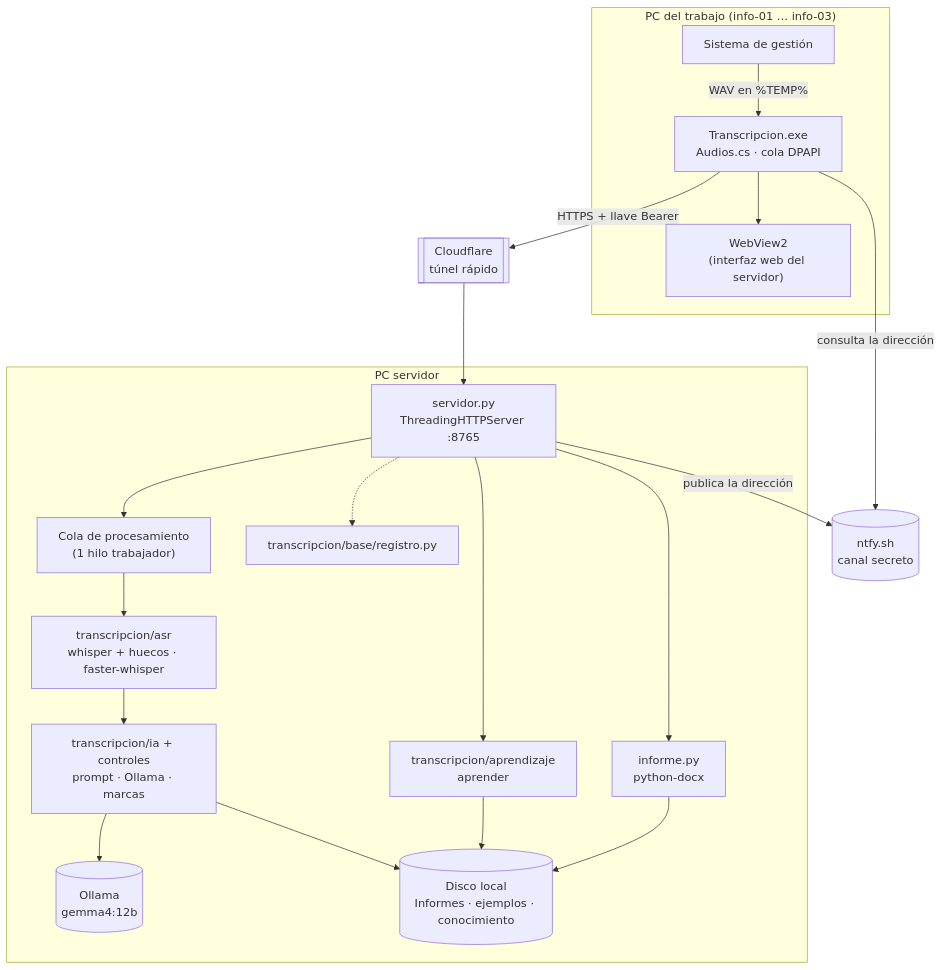
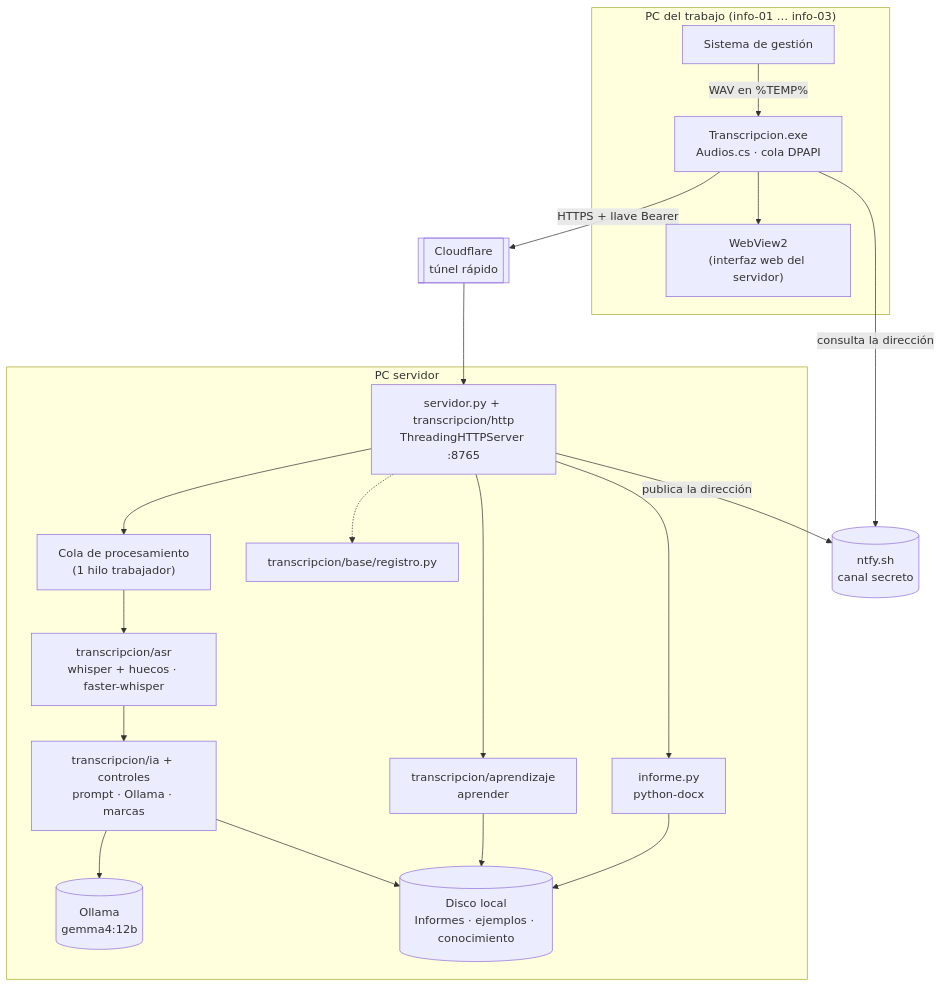
Before and after one commit to RodriEs11/Sistema-de-transcripcion-por-IA: the first of 2 diagrams in docs/arquitectura.md, drawn with Mermaid. The commit also changed other lines of this file and 6 other files, not shown here.

````diff
--- a/docs/arquitectura.md
+++ b/docs/arquitectura.md
@@ -13,31 +13,31 @@
 ```mermaid
 flowchart TB
     subgraph PC_Trabajo["PC del trabajo (info-01 … info-03)"]
         GES["Sistema de gestión"] -- "WAV en %TEMP%" --> CLI["Transcripcion.exe<br/>Audios.cs · cola DPAPI"]
         CLI --> WV["WebView2<br/>(interfaz web del servidor)"]
     end
 
     NTFY[("ntfy.sh<br/>canal secreto")]
     CF[["Cloudflare<br/>túnel rápido"]]
 
     subgraph Servidor["PC servidor"]
-        HTTP["servidor.py<br/>ThreadingHTTPServer :8765"]
+        HTTP["servidor.py + transcripcion/http<br/>ThreadingHTTPServer :8765"]
         COLA["Cola de procesamiento<br/>(1 hilo trabajador)"]
         WH["transcripcion/asr<br/>whisper + huecos · faster-whisper"]
         NU["transcripcion/ia + controles<br/>prompt · Ollama · marcas"]
         OL[("Ollama<br/>gemma4:12b")]
         INF["informe.py<br/>python-docx"]
         APR["transcripcion/aprendizaje<br/>aprender"]
         REG["transcripcion/base/registro.py"]
         FS[("Disco local<br/>Informes · ejemplos · conocimiento")]
         HTTP --> COLA --> WH --> NU --> OL
         HTTP --> INF --> FS
         HTTP --> APR --> FS
         NU --> FS
         HTTP -.-> REG
     end
 
     CLI -- "HTTPS + llave Bearer" --> CF --> HTTP
     HTTP -- "publica la dirección" --> NTFY
     CLI -- "consulta la dirección" --> NTFY
 ```
````
